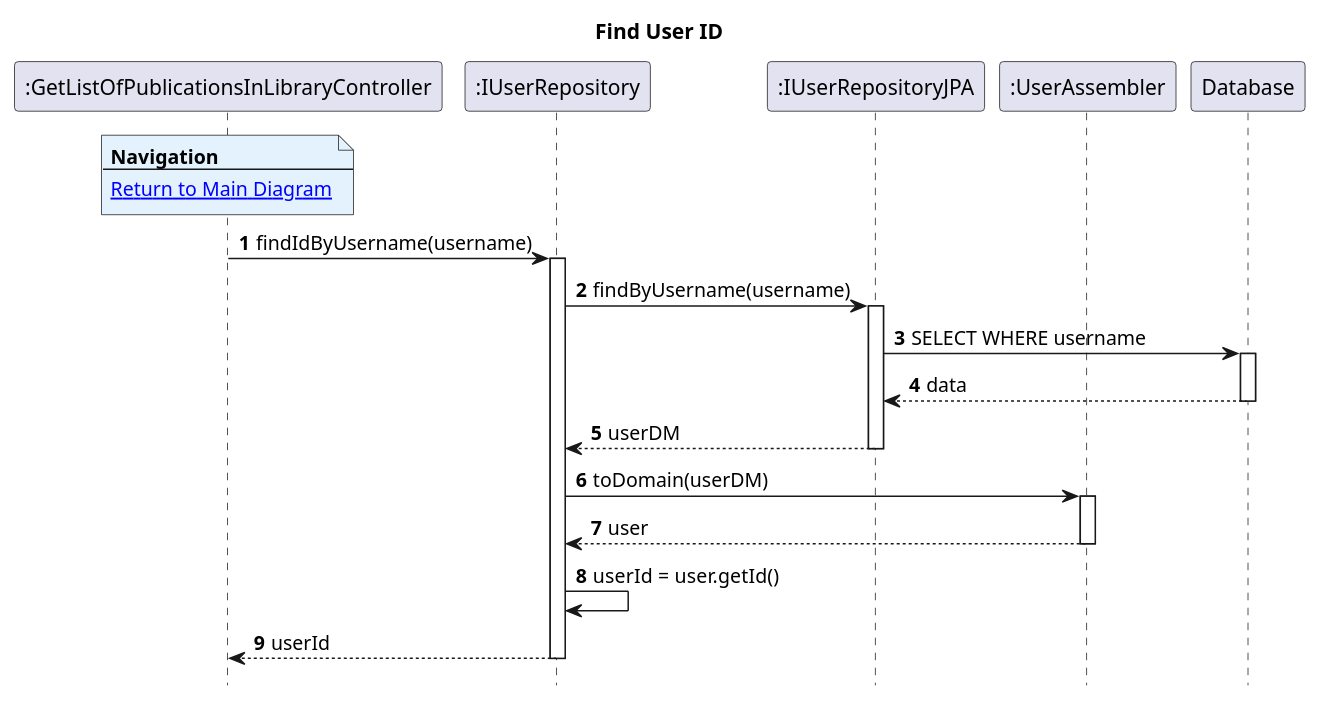
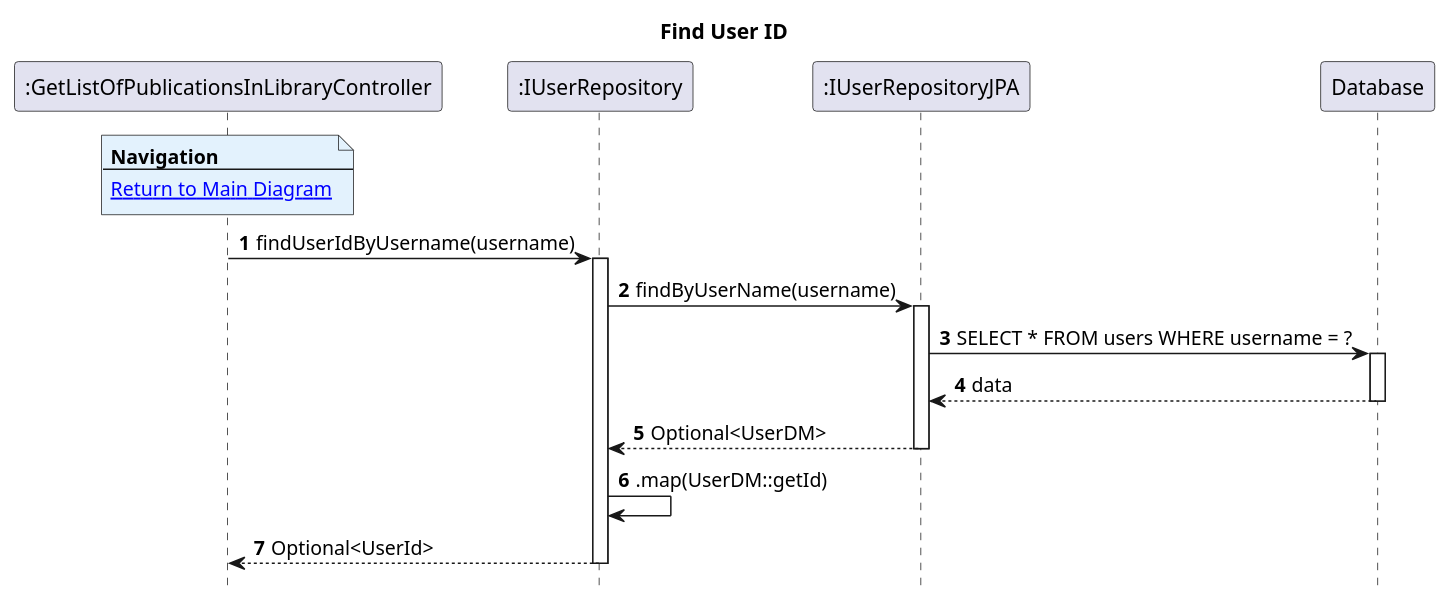
The diagram in Diagrams/SequenceDiagrams/N2/To-Get-List-Of-Publications-In-My-Library/2.FindUserId.puml (AndrePereiraGitH/SWitCH-Project-Team_A), drawn with PlantUML before and after one commit. The commit also changed 3 other files, not shown here.

Commit message:
docs #674: remove UserAssembler from user resolution flow, replace with .map(UserDM::getId)

```diff
--- a/Diagrams/SequenceDiagrams/N2/To-Get-List-Of-Publications-In-My-Library/2.FindUserId.puml
+++ b/Diagrams/SequenceDiagrams/N2/To-Get-List-Of-Publications-In-My-Library/2.FindUserId.puml
@@ -1,41 +1,36 @@
 @startuml
 hide footbox
 autonumber
 title Find User ID
 
 participant ":GetListOfPublicationsInLibraryController" as Ctrl
 participant ":IUserRepository" as userRepo
 participant ":IUserRepositoryJPA" as userJpa
-participant ":UserAssembler" as userAssembler
 participant "Database" as db
 
 note over Ctrl #E3F2FD
 <b>Navigation</b>
 ---
 [[1.MainDiagram.puml Return to Main Diagram]]
 end note
 
-Ctrl -> userRepo : findIdByUsername(username)
+Ctrl -> userRepo: findUserIdByUsername(username)
 activate userRepo
 
-userRepo -> userJpa : findByUsername(username)
+userRepo -> userJpa: findByUserName(username)
 activate userJpa
 
-userJpa -> db : SELECT WHERE username
+userJpa -> db: SELECT * FROM users WHERE username = ?
 activate db
-db --> userJpa : data
+db --> userJpa: data
 deactivate db
-userJpa --> userRepo : userDM
+
+userJpa --> userRepo: Optional<UserDM>
 deactivate userJpa
 
-userRepo -> userAssembler : toDomain(userDM)
-activate userAssembler
-userAssembler --> userRepo : user
-deactivate userAssembler
+userRepo -> userRepo: .map(UserDM::getId)
 
-userRepo -> userRepo : userId = user.getId()
-
-userRepo --> Ctrl : userId
+userRepo --> Ctrl: Optional<UserId>
 deactivate userRepo
 
 @enduml
```
